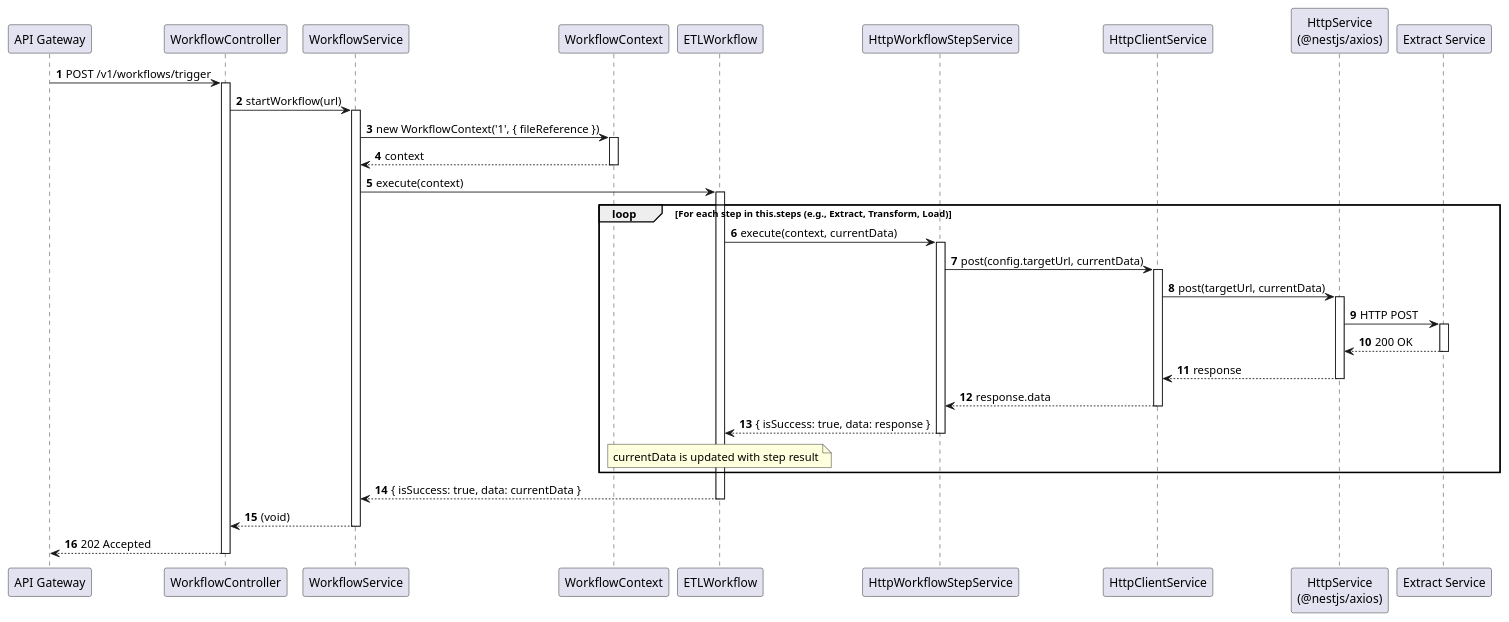
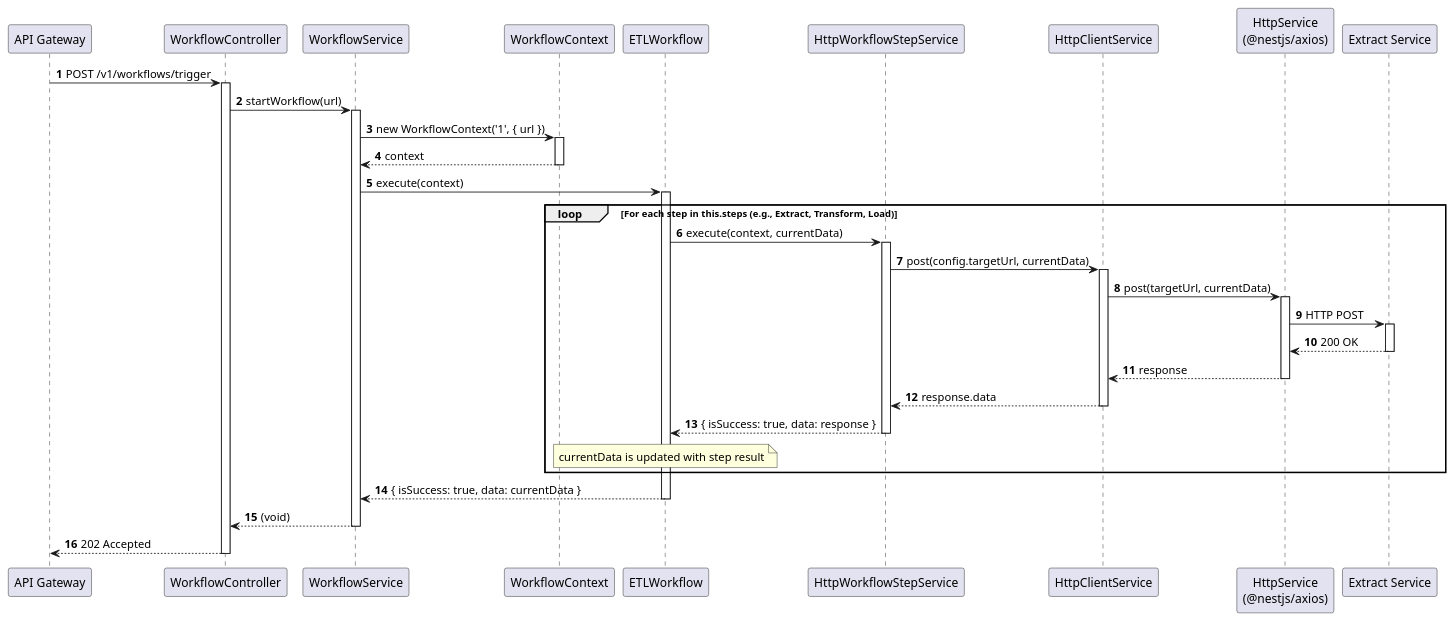
One commit to CPNV-ES-BI-RIA-PROJECT/Orchestrator changed the diagram in docs/SequenceDiagram.puml. Above: the diagram before and after it, drawn with PlantUML. The commit also changed 1 other file, not shown here.

Commit message:
fix: change payload from fileReference to url

```diff
--- a/docs/SequenceDiagram.puml
+++ b/docs/SequenceDiagram.puml
@@ -1,67 +1,67 @@
 @startuml
 autonumber
 
 participant "API Gateway" as gateway
 
 participant "WorkflowController" as controller
 participant "WorkflowService" as service
 participant "WorkflowContext" as contextModel
 participant "ETLWorkflow" as etl
 participant "HttpWorkflowStepService" as step
 participant "HttpClientService" as client
 participant "HttpService\n(@nestjs/axios)" as axios
 
 participant "Extract Service" as extract
 
 
 gateway -> controller: POST /v1/workflows/trigger
 activate controller
 
 controller -> service: startWorkflow(url)
 activate service
 
-service -> contextModel: new WorkflowContext('1', { fileReference })
+service -> contextModel: new WorkflowContext('1', { url })
 activate contextModel
 contextModel --> service: context
 deactivate contextModel
 
 service -> etl: execute(context)
 activate etl
 
 loop For each step in this.steps (e.g., Extract, Transform, Load)
     etl -> step: execute(context, currentData)
     activate step
 
     step -> client: post(config.targetUrl, currentData)
     activate client
 
     client -> axios: post(targetUrl, currentData)
     activate axios
 
     axios -> extract: HTTP POST
     activate extract
     extract --> axios: 200 OK
     deactivate extract
 
     axios --> client: response
     deactivate axios
 
     client --> step: response.data
     deactivate client
 
     step --> etl: { isSuccess: true, data: response }
     deactivate step
 
     note over etl: currentData is updated with step result
 end
 
 etl --> service: { isSuccess: true, data: currentData }
 deactivate etl
 
 service --> controller: (void)
 deactivate service
 
 controller --> gateway: 202 Accepted
 deactivate controller
 
 @enduml
```
